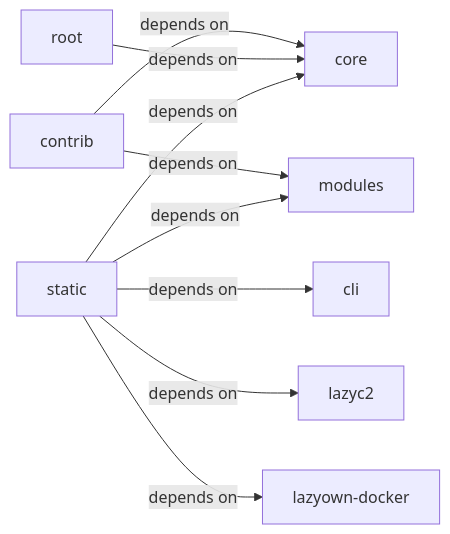
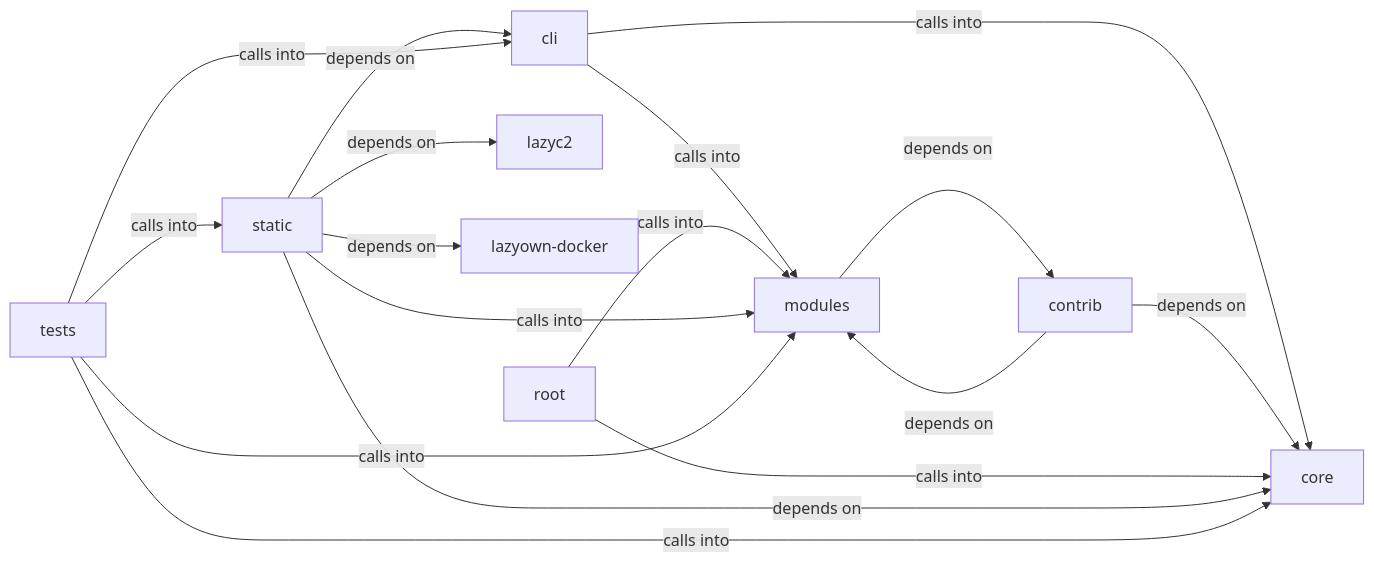
Before and after one commit to grisuno/LazyOwn: the diagram in readmenator-diagrams/static_js.md, drawn with Mermaid. The commit also changed other lines of this file and 378 other files, not shown here.

````diff
--- a/readmenator-diagrams/static_js.md
+++ b/readmenator-diagrams/static_js.md
@@ -5,19 +5,28 @@
 ```mermaid
 graph LR
     cli["cli"]
     contrib["contrib"]
     core["core"]
     lazyc2["lazyc2"]
     lazyown_docker["lazyown-docker"]
     modules["modules"]
     root["root"]
     static["static"]
+    tests["tests"]
+    cli -- "calls into" --> core
+    cli -- "calls into" --> modules
     contrib -- "depends on" --> core
     contrib -- "depends on" --> modules
-    root -- "depends on" --> core
+    modules -- "depends on" --> contrib
+    root -- "calls into" --> core
+    root -- "calls into" --> modules
     static -- "depends on" --> cli
     static -- "depends on" --> core
     static -- "depends on" --> lazyc2
     static -- "depends on" --> lazyown_docker
-    static -- "depends on" --> modules
+    static -- "calls into" --> modules
+    tests -- "calls into" --> cli
+    tests -- "calls into" --> core
+    tests -- "calls into" --> modules
+    tests -- "calls into" --> static
 ```
````
